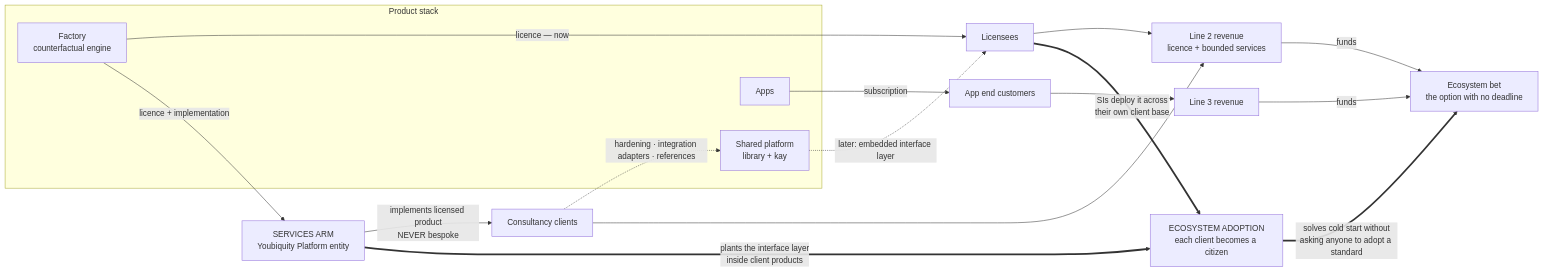
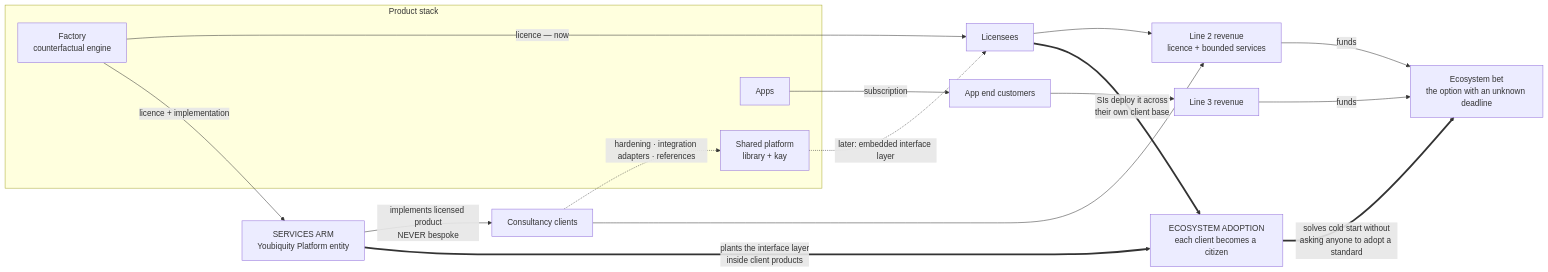
Before and after one commit to nathan-bates/yb-business-structure: the first of 2 diagrams in 01-portfolio.md, drawn with Mermaid. The commit also changed other lines of this file and 2 other files, not shown here.

First line of the commit message:
docs: replace "no deadline" with "unknown deadline" throughout

````diff
--- a/01-portfolio.md
+++ b/01-portfolio.md
@@ -98,34 +98,34 @@
 ```mermaid
 flowchart LR
     subgraph STACK["Product stack"]
         FACTORY["Factory<br/>counterfactual engine"]
         PLATFORM["Shared platform<br/>library + kay"]
         APPS["Apps"]
     end
 
     SERVICES["SERVICES ARM<br/>Youbiquity Platform entity"]
     LIC["Licensees"]
     CLIENTS["Consultancy clients"]
     ENDU["App end customers"]
     REV2["Line 2 revenue<br/>licence + bounded services"]
     REV3["Line 3 revenue"]
-    ECO["Ecosystem bet<br/>the option with no deadline"]
+    ECO["Ecosystem bet<br/>the option with an unknown deadline"]
 
     FACTORY -->|"licence — now"| LIC
     FACTORY -->|"licence + implementation"| SERVICES
     PLATFORM -.->|"later: embedded interface layer"| LIC
     SERVICES -->|"implements licensed product<br/>NEVER bespoke"| CLIENTS
     APPS -->|"subscription"| ENDU
 
     LIC --> REV2
     CLIENTS --> REV2
     ENDU --> REV3
     REV2 -->|"funds"| ECO
     REV3 -->|"funds"| ECO
 
     CLIENTS -.->|"hardening · integration adapters · references"| PLATFORM
 
     SERVICES ==>|"plants the interface layer<br/>inside client products"| ADOPT["ECOSYSTEM ADOPTION<br/>each client becomes a citizen"]
     LIC ==>|"SIs deploy it across<br/>their own client base"| ADOPT
     ADOPT ==>|"solves cold start without<br/>asking anyone to adopt a standard"| ECO
 ```
````
